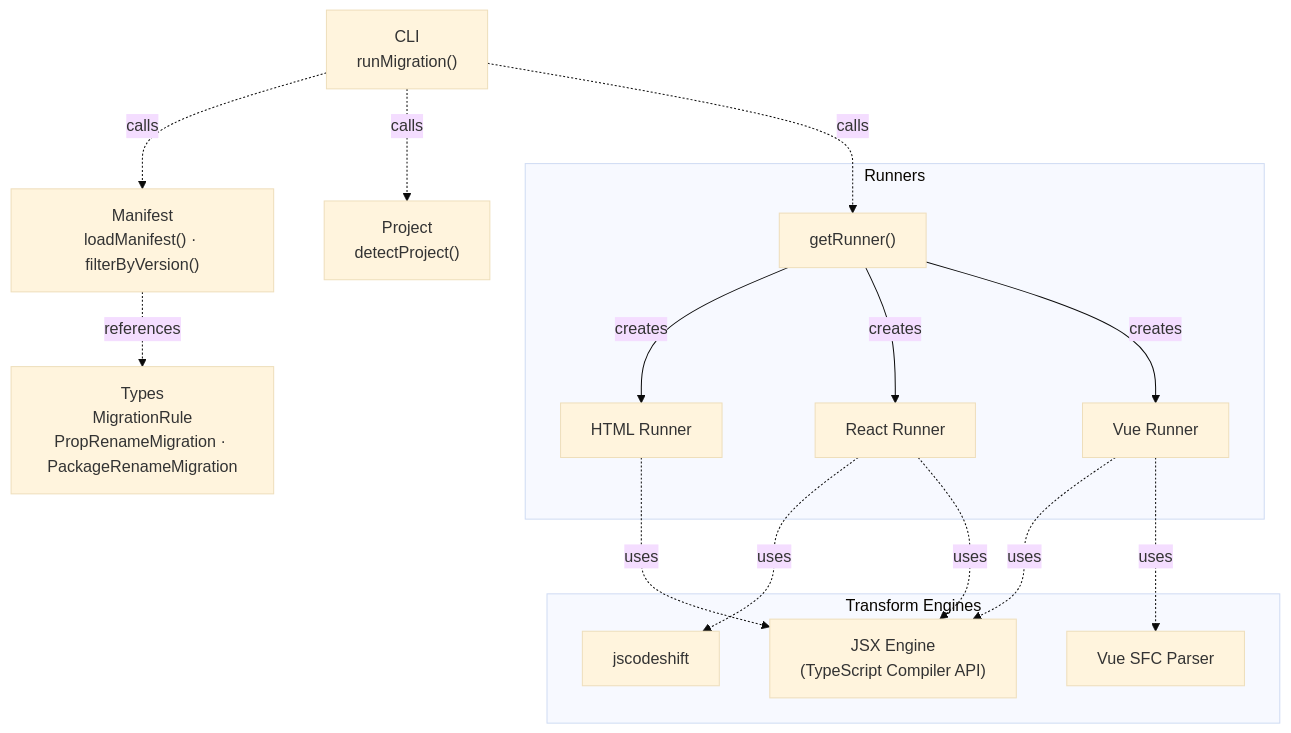
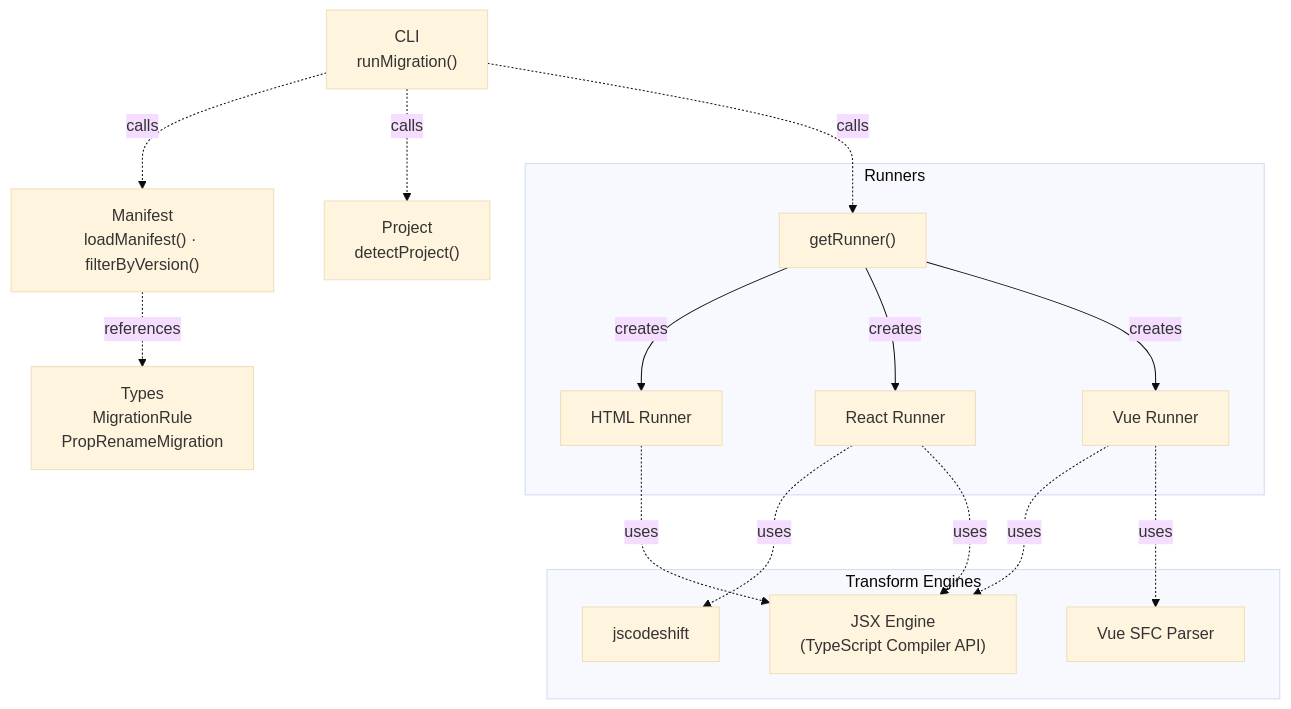
One commit to Infineon/infineon-design-system-stencil changed the first of 2 diagrams in packages/migrations/DOCS.md. Above: the diagram before and after it, drawn with Mermaid (base theme). The commit also changed other lines of this file and 30 other files, not shown here.

````diff
--- a/packages/migrations/DOCS.md
+++ b/packages/migrations/DOCS.md
@@ -5,36 +5,36 @@
 ```mermaid
 flowchart TD
     CLI["CLI\nrunMigration()"]
     Manifest["Manifest\nloadManifest() · filterByVersion()"]
     Project["Project\ndetectProject()"]
-    Types["Types\nMigrationRule\nPropRenameMigration · PackageRenameMigration"]
+    Types["Types\nMigrationRule\nPropRenameMigration"]
 
     subgraph runners["Runners"]
         RunnerIndex["getRunner()"]
         HTML["HTML Runner"]
         React["React Runner"]
         Vue["Vue Runner"]
     end
 
     subgraph engines["Transform Engines"]
         JSX["JSX Engine\n(TypeScript Compiler API)"]
         Jscodeshift["jscodeshift"]
         VueSFC["Vue SFC Parser"]
     end
 
     CLI -.->|calls| Manifest
     CLI -.->|calls| Project
     CLI -.->|calls| RunnerIndex
 
     RunnerIndex -->|creates| HTML
     RunnerIndex -->|creates| React
     RunnerIndex -->|creates| Vue
 
     HTML -.->|uses| JSX
     Vue  -.->|uses| JSX
     Vue  -.->|uses| VueSFC
     React -.->|uses| Jscodeshift
     React -.->|uses| JSX
 
     Manifest -.->|references| Types
 ```
````
